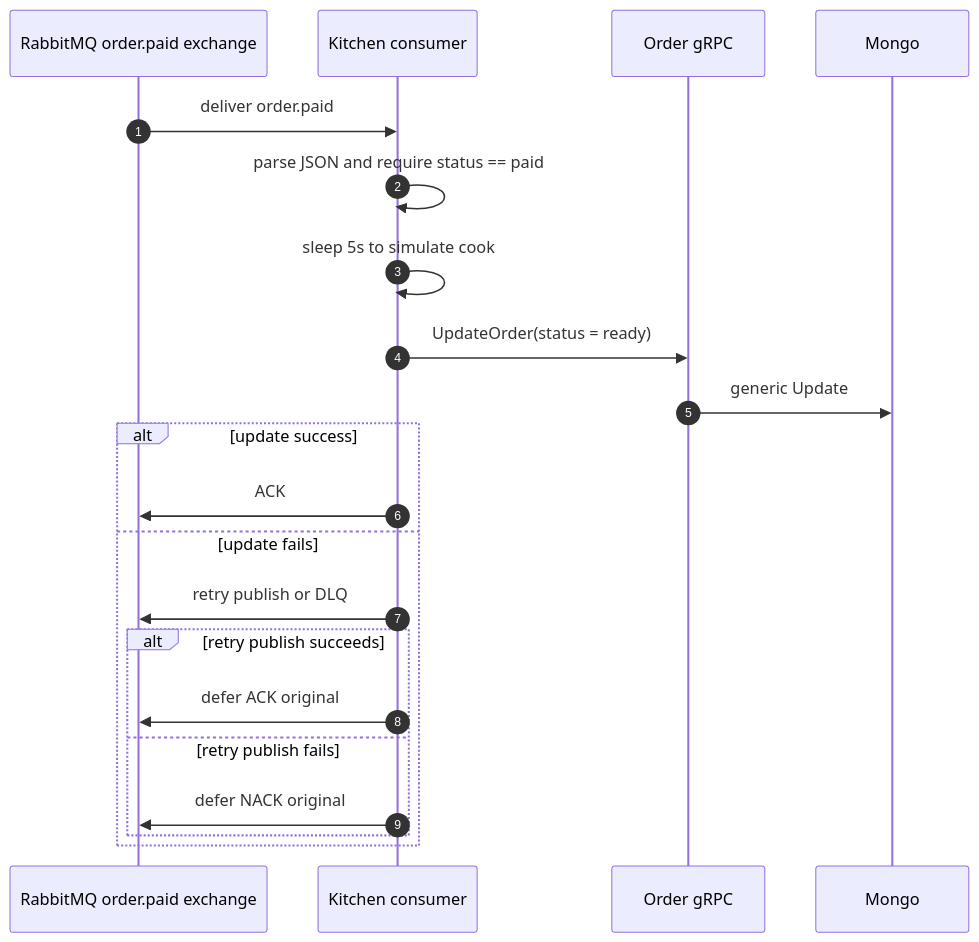
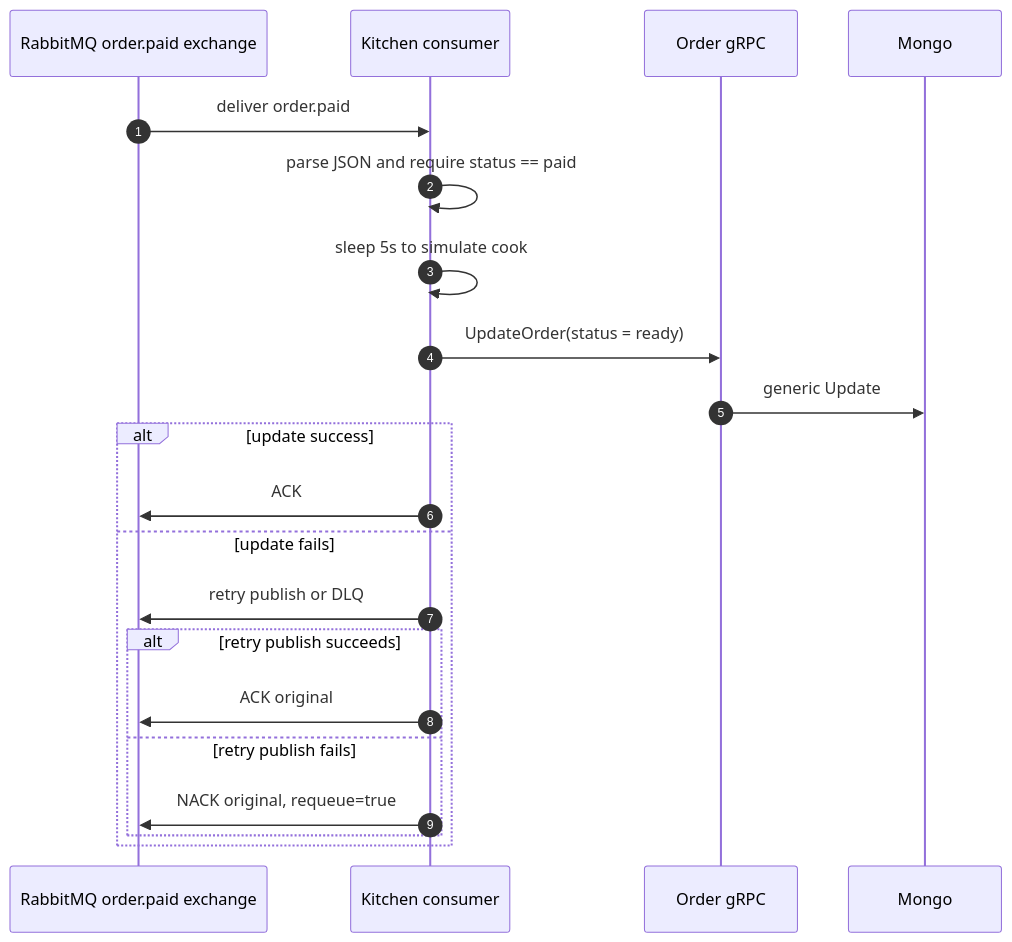
One commit to jiahuipaung/gorder changed the fifth of 5 diagrams in docs/architecture/business-flow.md. Above: the diagram before and after it, drawn with Mermaid. The commit also changed other lines of this file and 8 other files, not shown here.

````diff
--- a/docs/architecture/business-flow.md
+++ b/docs/architecture/business-flow.md
@@ -221,24 +237,24 @@
 ```mermaid
 sequenceDiagram
     autonumber
     participant MQ as RabbitMQ order.paid exchange
     participant Kitchen as Kitchen consumer
     participant OrderGRPC as Order gRPC
     participant Mongo
 
     MQ->>Kitchen: deliver order.paid
     Kitchen->>Kitchen: parse JSON and require status == paid
     Kitchen->>Kitchen: sleep 5s to simulate cook
     Kitchen->>OrderGRPC: UpdateOrder(status = ready)
     OrderGRPC->>Mongo: generic Update
     alt update success
         Kitchen->>MQ: ACK
     else update fails
         Kitchen->>MQ: retry publish or DLQ
         alt retry publish succeeds
-            Kitchen->>MQ: defer ACK original
+            Kitchen->>MQ: ACK original
         else retry publish fails
-            Kitchen->>MQ: defer NACK original
+            Kitchen->>MQ: NACK original, requeue=true
         end
     end
 ```
````
